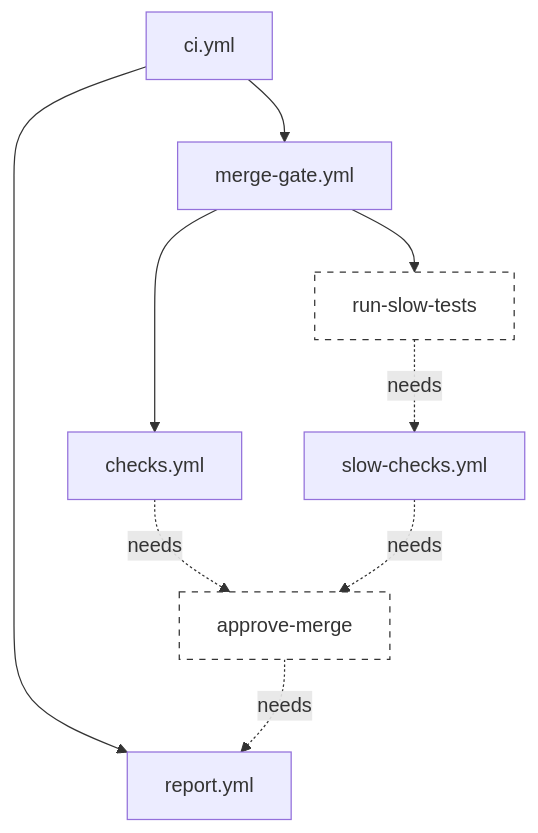
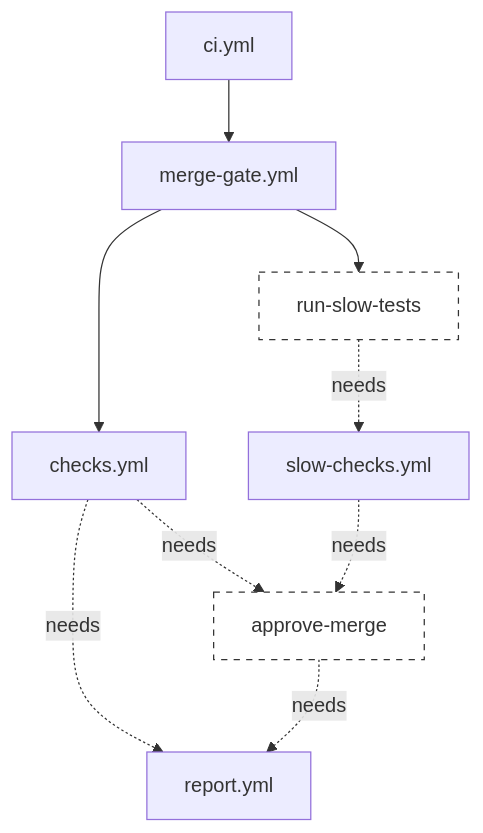
One commit to exasol/python-toolbox changed the first of 3 diagrams in doc/user_guide/features/github_workflows/index.rst. Above: the diagram before and after it, drawn with Mermaid. The commit also changed other lines of this file and 4 other files, not shown here.

First line of the commit message:
Refactoring/768 run sonar after fast checks too (#769)

```diff
--- a/doc/user_guide/features/github_workflows/index.rst
+++ b/doc/user_guide/features/github_workflows/index.rst
@@ -118,21 +129,27 @@
 .. mermaid::
 
     graph TD
-        %% Workflow Triggers (Solid Lines)
-        ci[ci.yml] --> merge-gate[merge-gate.yml]
-        ci --> metrics[report.yml]
+        %% Define Nodes
+        ci_job[ci.yml]
+        gate[merge-gate.yml]
+        checks[checks.yml]
+        slow_run[run-slow-tests]
+        slow_checks[slow-checks.yml]
+        report[report.yml]
+        approver[approve-merge]
 
-        merge-gate --> fast-checks[checks.yml]
-        merge-gate --> run-slow-tests[run-slow-tests]
-        run-slow-tests -.->|needs| slow-checks[slow-checks.yml]
+        %% Workflow Triggers
+        ci_job --> gate
+        gate --> checks
+        gate --> slow_run
+        slow_run -.->|needs| slow_checks
 
-        %% Dependencies / Waiting (Dotted Lines)
-        fast-checks -.->|needs| approve-merge[approve-merge]
-        slow-checks -.->|needs| approve-merge
+        %% Dependencies
+        checks -.->|needs| report
+        checks -.->|needs| approver
+        slow_checks -.->|needs| approver
+        approver -.->|needs| report
 
-        %% Final Dependency
-        approve-merge -.->|needs| metrics
-
-        %% Visual Styling to distinguish jobs
-        style approve-merge fill:#fff,stroke:#333,stroke-dasharray: 5 5
-        style run-slow-tests fill:#fff,stroke:#333,stroke-dasharray: 5 5
+        %% Styling
+        style approver fill:#fff,stroke:#333,stroke-dasharray: 5 5
+        style slow_run fill:#fff,stroke:#333,stroke-dasharray: 5 5
```
